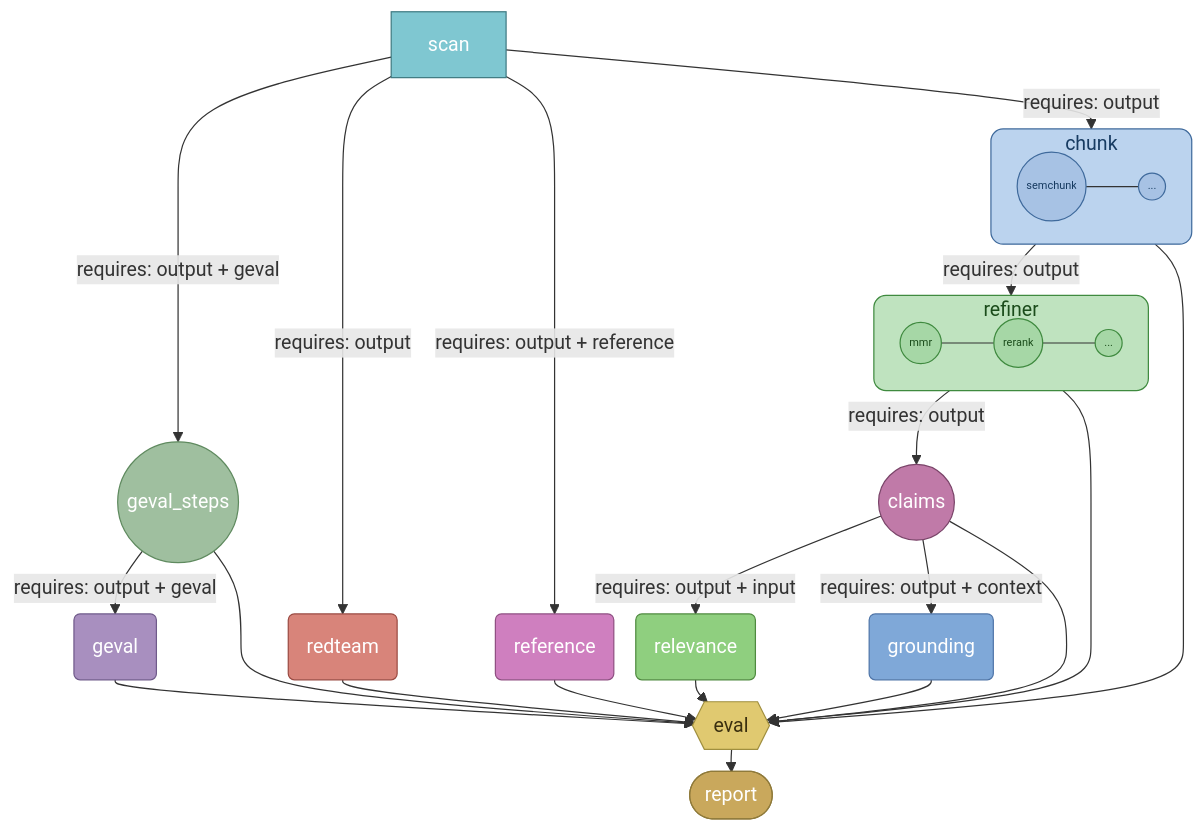
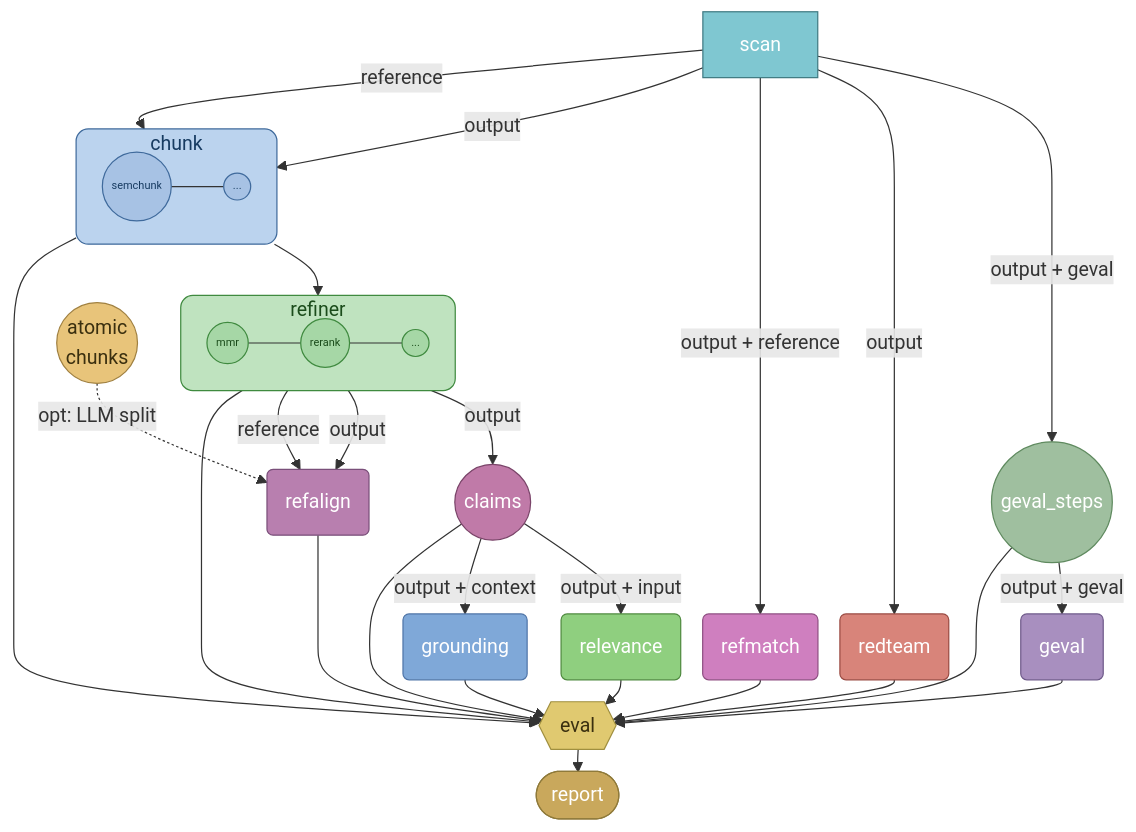
The diagram in docs/architecture.md (harnexa/nexa-gauge), drawn with Mermaid before and after one commit. The commit also changed other lines of this file and 30 other files, not shown here.

First line of the commit message:
feat: add refalign node and rename reference to refmatch (#63)

````diff
--- a/docs/architecture.md
+++ b/docs/architecture.md
@@ -43,7 +43,7 @@
 flowchart TD
     scan[scan]
 
-    %% Strategy container: chunk (wide, short box)
+    %% Shared chunk strategy (handles both output and reference streams)
     subgraph chunk_box["chunk"]
       direction LR
       chunk_semchunk((semchunk))
@@ -51,7 +51,7 @@
       chunk_semchunk --- chunk_more
     end
 
-    %% Strategy container: refiner (wide, short box)
+    %% Shared refiner strategy (handles both output and reference streams)
     subgraph refiner_box["refiner"]
       direction LR
       refiner_mmr((mmr))
@@ -63,30 +63,39 @@
     %% Utility nodes (circles)
     claims((claims))
     geval_steps((geval_steps))
+    atomic_chunks(("atomic<br/>chunks"))
 
     %% Metric nodes (rounded rectangles)
     relevance(relevance)
     grounding(grounding)
     redteam(redteam)
     geval(geval)
-    reference(reference)
+    refmatch(refmatch)
+    refalign(refalign)
 
     %% Orchestration
     eval{{eval}}
     report([report])
 
-    %% Utility chain
-    scan -- "requires: output" --> chunk_box
-    chunk_box -- "requires: output" --> refiner_box
-    refiner_box -- "requires: output" --> claims
-    scan -- "requires: output + geval" --> geval_steps
+    %% Both streams feed into the shared chunk → refiner pipeline
+    scan -- "output" --> chunk_box
+    scan -- "reference" --> chunk_box
+    chunk_box --> refiner_box
+    scan -- "output + geval" --> geval_steps
+
+    %% Refiner output stream fans out to claims and refalign
+    refiner_box -- "output" --> claims
+    refiner_box -- "output" --> refalign
+    %% Refiner reference stream feeds refalign
+    refiner_box -- "reference" --> refalign
+    atomic_chunks -. "opt: LLM split" .-> refalign
 
     %% Metric fan-out
-    claims -- "requires: output + input" --> relevance
-    claims -- "requires: output + context" --> grounding
-    scan -- "requires: output" --> redteam
-    geval_steps -- "requires: output + geval" --> geval
-    scan -- "requires: output + reference" --> reference
+    claims -- "output + input" --> relevance
+    claims -- "output + context" --> grounding
+    geval_steps -- "output + geval" --> geval
+    scan -- "output" --> redteam
+    scan -- "output + reference" --> refmatch
 
     %% Join into eval
     chunk_box --> eval
@@ -97,15 +106,16 @@
     grounding --> eval
     redteam --> eval
     geval --> eval
-    reference --> eval
+    refmatch --> eval
+    refalign --> eval
 
     %% Terminal
     eval --> report
 
     %% Node colors — muted mid-tone palette, hue-matched to NodeSpec.color in topology.py
-    style scan        fill:#7FC7D1,stroke:#3F7A82,color:#fff
-    style chunk_box   fill:#BBD3EE,stroke:#3F6A9C,color:#173B61,rx:10px,ry:10px,padding:4px
-    style refiner_box fill:#BFE3BF,stroke:#3F8A3F,color:#1B4C1B,rx:10px,ry:10px,padding:4px
+    style scan             fill:#7FC7D1,stroke:#3F7A82,color:#fff
+    style chunk_box        fill:#BBD3EE,stroke:#3F6A9C,color:#173B61,rx:10px,ry:10px,padding:4px
+    style refiner_box      fill:#BFE3BF,stroke:#3F8A3F,color:#1B4C1B,rx:10px,ry:10px,padding:4px
     style chunk_semchunk   fill:#A7C2E4,stroke:#3F6A9C,color:#173B61,stroke-width:1px
     style chunk_more       fill:#A7C2E4,stroke:#3F6A9C,color:#173B61,stroke-width:1px
     style refiner_mmr      fill:#A6D7A6,stroke:#3F8A3F,color:#1B4C1B,stroke-width:1px
@@ -113,13 +123,15 @@
     style refiner_more     fill:#A6D7A6,stroke:#3F8A3F,color:#1B4C1B,stroke-width:1px
     classDef strategySmall font-size:9px,stroke-width:1px;
     class chunk_semchunk,chunk_more,refiner_mmr,refiner_rerank,refiner_more strategySmall
-    style claims      fill:#C07AA8,stroke:#7A4469,color:#fff
-    style geval_steps fill:#9FBF9F,stroke:#5F8A5F,color:#fff
-    style relevance   fill:#8FCF7F,stroke:#4F8A3F,color:#fff
-    style grounding   fill:#7FA8D8,stroke:#4F75A8,color:#fff
-    style redteam     fill:#D8847A,stroke:#9A4A42,color:#fff
-    style geval       fill:#A88FBF,stroke:#6F5A8A,color:#fff
-    style reference   fill:#CF7FBF,stroke:#8F4F82,color:#fff
-    style eval        fill:#E0C970,stroke:#A08F3F,color:#3A2F0F
-    style report      fill:#C9A85C,stroke:#8F7A3A,color:#fff
+    style claims           fill:#C07AA8,stroke:#7A4469,color:#fff
+    style geval_steps      fill:#9FBF9F,stroke:#5F8A5F,color:#fff
+    style atomic_chunks    fill:#E8C47A,stroke:#A08040,color:#3A2F0F
+    style relevance        fill:#8FCF7F,stroke:#4F8A3F,color:#fff
+    style grounding        fill:#7FA8D8,stroke:#4F75A8,color:#fff
+    style redteam          fill:#D8847A,stroke:#9A4A42,color:#fff
+    style geval            fill:#A88FBF,stroke:#6F5A8A,color:#fff
+    style refmatch         fill:#CF7FBF,stroke:#8F4F82,color:#fff
+    style refalign         fill:#B87FAF,stroke:#7A4F7A,color:#fff
+    style eval             fill:#E0C970,stroke:#A08F3F,color:#3A2F0F
+    style report           fill:#C9A85C,stroke:#8F7A3A,color:#fff
 ```
````
